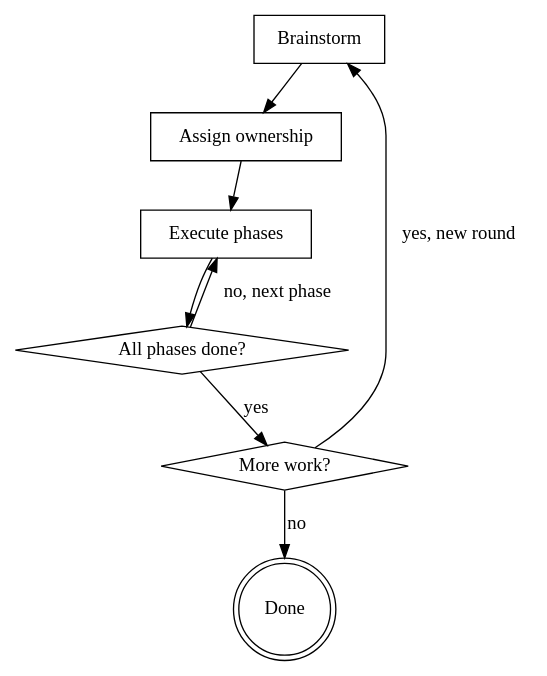
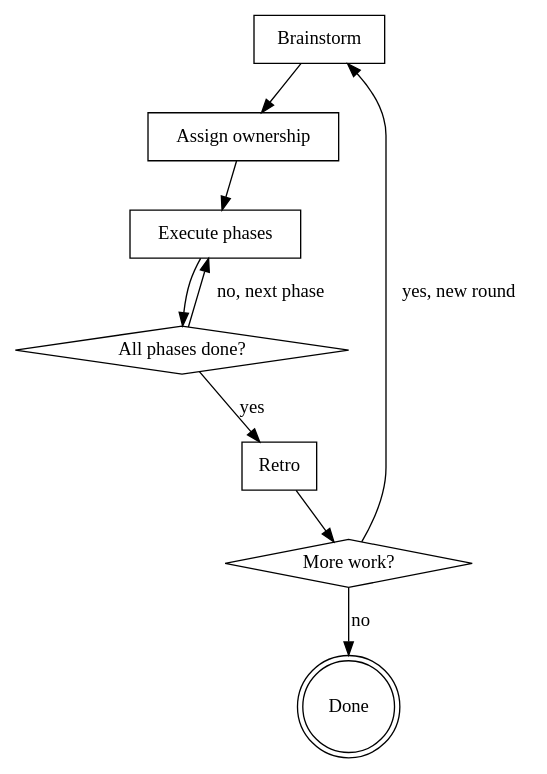
One commit to jah2488/pair-programming-rounds changed the diagram in skills/pair-programming-rounds/SKILL.md. Above: the diagram before and after it, drawn with Graphviz. The commit also changed other lines of this file, not shown here.

First line of the commit message:
Add progress template, retro, pause/resume, abort, phase guardrails, ownership learning

````diff
--- a/skills/pair-programming-rounds/SKILL.md
+++ b/skills/pair-programming-rounds/SKILL.md
@@ -16,18 +16,20 @@
 ```dot
 digraph rounds {
     "Brainstorm" [shape=box];
     "Assign ownership" [shape=box];
     "Execute phases" [shape=box];
     "All phases done?" [shape=diamond];
+    "Retro" [shape=box];
     "More work?" [shape=diamond];
     "Done" [shape=doublecircle];
 
     "Brainstorm" -> "Assign ownership";
     "Assign ownership" -> "Execute phases";
     "Execute phases" -> "All phases done?";
     "All phases done?" -> "Execute phases" [label="no, next phase"];
-    "All phases done?" -> "More work?" [label="yes"];
+    "All phases done?" -> "Retro" [label="yes"];
+    "Retro" -> "More work?";
     "More work?" -> "Brainstorm" [label="yes, new round"];
     "More work?" -> "Done" [label="no"];
 }
 ```
````
